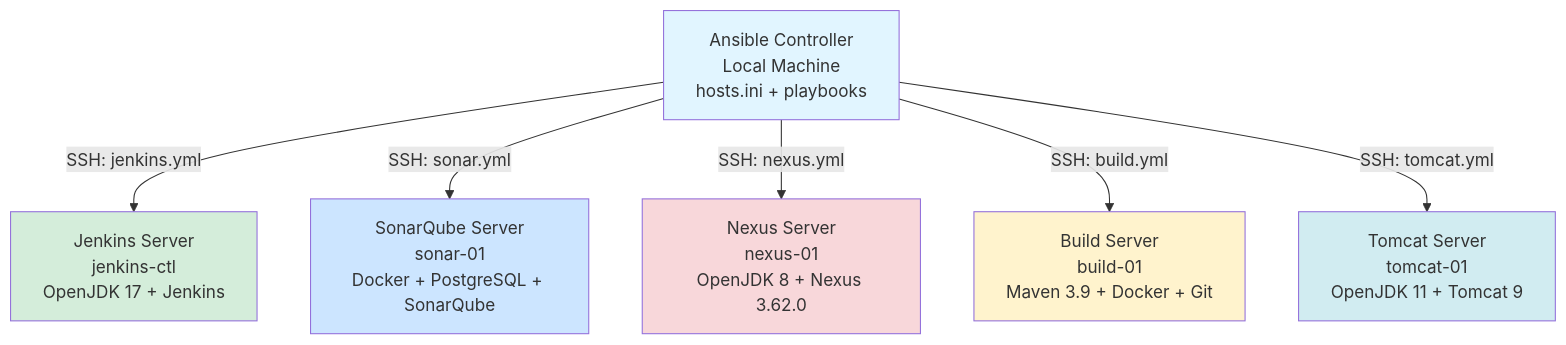
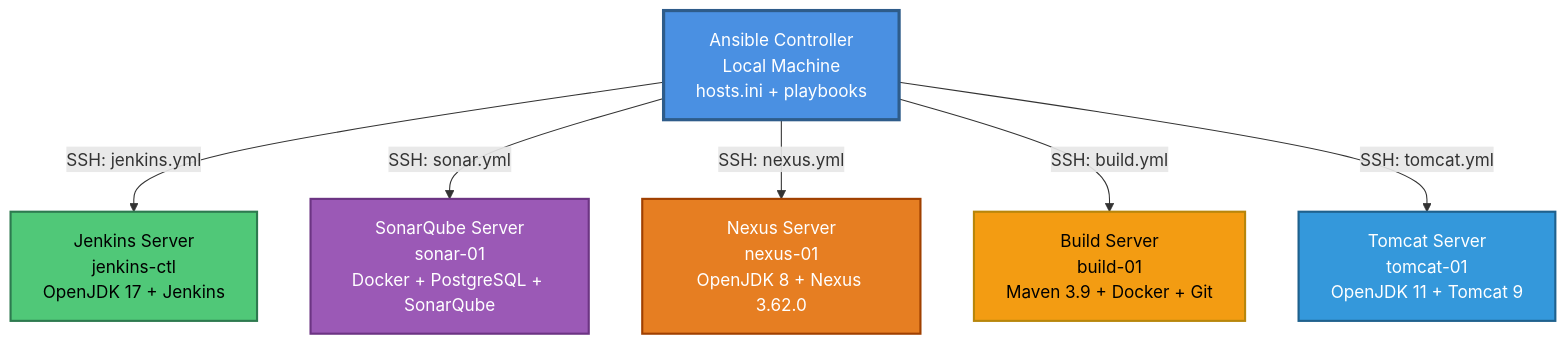
Before and after one commit to ashuvee/28nov-ansible-playbooks: the first of 2 diagrams in README.md, drawn with Mermaid. The commit also changed other lines of this file, not shown here.

````diff
--- a/README.md
+++ b/README.md
@@ -19,17 +19,17 @@
 ```mermaid
 graph TB
     AC[Ansible Controller<br/>Local Machine<br/>hosts.ini + playbooks]
     
     AC -->|SSH: jenkins.yml| J[Jenkins Server<br/>jenkins-ctl<br/>OpenJDK 17 + Jenkins]
     AC -->|SSH: sonar.yml| S[SonarQube Server<br/>sonar-01<br/>Docker + PostgreSQL + SonarQube]
     AC -->|SSH: nexus.yml| N[Nexus Server<br/>nexus-01<br/>OpenJDK 8 + Nexus 3.62.0]
     AC -->|SSH: build.yml| B[Build Server<br/>build-01<br/>Maven 3.9 + Docker + Git]
     AC -->|SSH: tomcat.yml| T[Tomcat Server<br/>tomcat-01<br/>OpenJDK 11 + Tomcat 9]
 
-    style AC fill:#e1f5ff
-    style J fill:#d4edda
-    style S fill:#cce5ff
-    style N fill:#f8d7da
-    style B fill:#fff3cd
-    style T fill:#d1ecf1
+    style AC fill:#4A90E2,stroke:#2E5C8A,stroke-width:3px,color:#fff
+    style J fill:#50C878,stroke:#2D7A4F,stroke-width:2px,color:#000
+    style S fill:#9B59B6,stroke:#6C3483,stroke-width:2px,color:#fff
+    style N fill:#E67E22,stroke:#A04000,stroke-width:2px,color:#fff
+    style B fill:#F39C12,stroke:#B8860B,stroke-width:2px,color:#000
+    style T fill:#3498DB,stroke:#1F618D,stroke-width:2px,color:#fff
 ```
````
